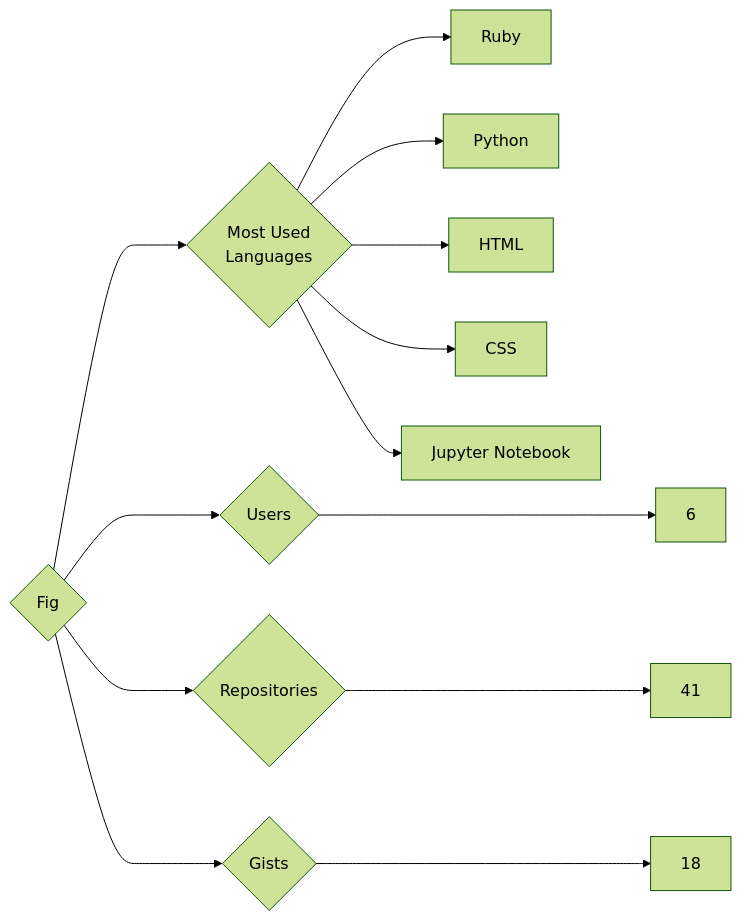
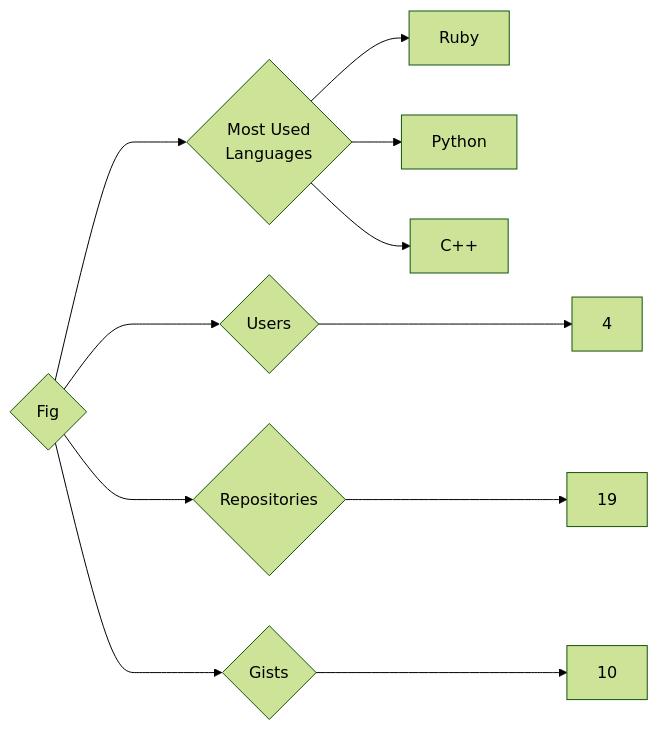
One commit to trickest/insiders changed the diagram in targets/Fig/README.md. Above: the diagram before and after it, drawn with Mermaid (forest theme). The commit also changed 1030 other files, not shown here.

````diff
--- a/targets/Fig/README.md
+++ b/targets/Fig/README.md
@@ -3,13 +3,11 @@
 ```mermaid
 graph LR
 COMPANY_NAME{Fig}
-COMPANY_NAME ---> U{Users} ---> UN[6]
-COMPANY_NAME ---> R{Repositories} ---> RN[41]
-COMPANY_NAME ---> G{Gists} ---> GN[18]
+COMPANY_NAME ---> U{Users} ---> UN[4]
+COMPANY_NAME ---> R{Repositories} ---> RN[19]
+COMPANY_NAME ---> G{Gists} ---> GN[10]
 COMPANY_NAME ---> ML{Most Used<br>Languages}
 ML --> Ruby[Ruby]
 ML --> Python[Python]
-ML --> HTML[HTML]
-ML --> CSS[CSS]
-ML --> Jupyter_Notebook[Jupyter Notebook]
+ML --> C++[C++]
 ```
````
